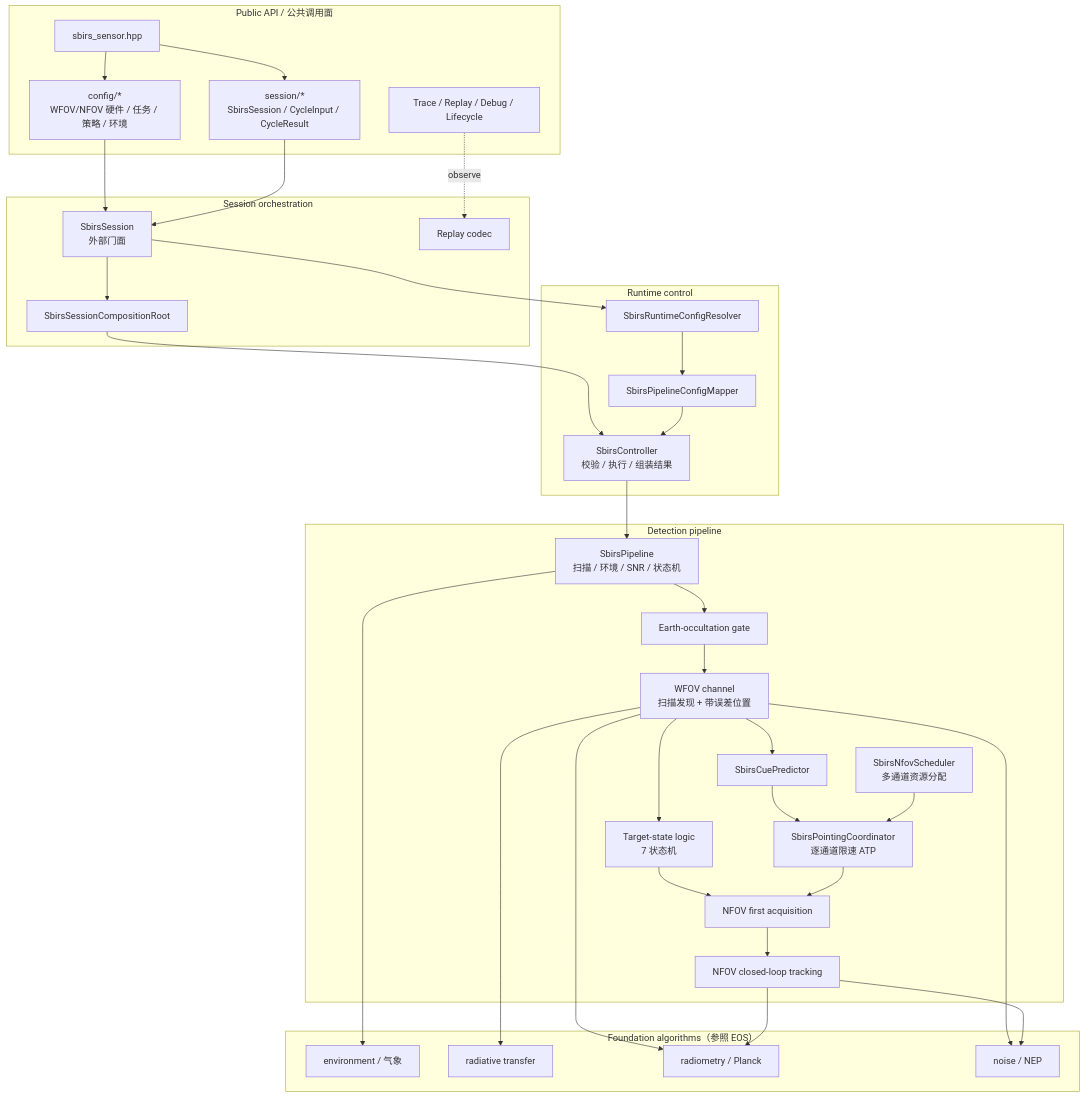
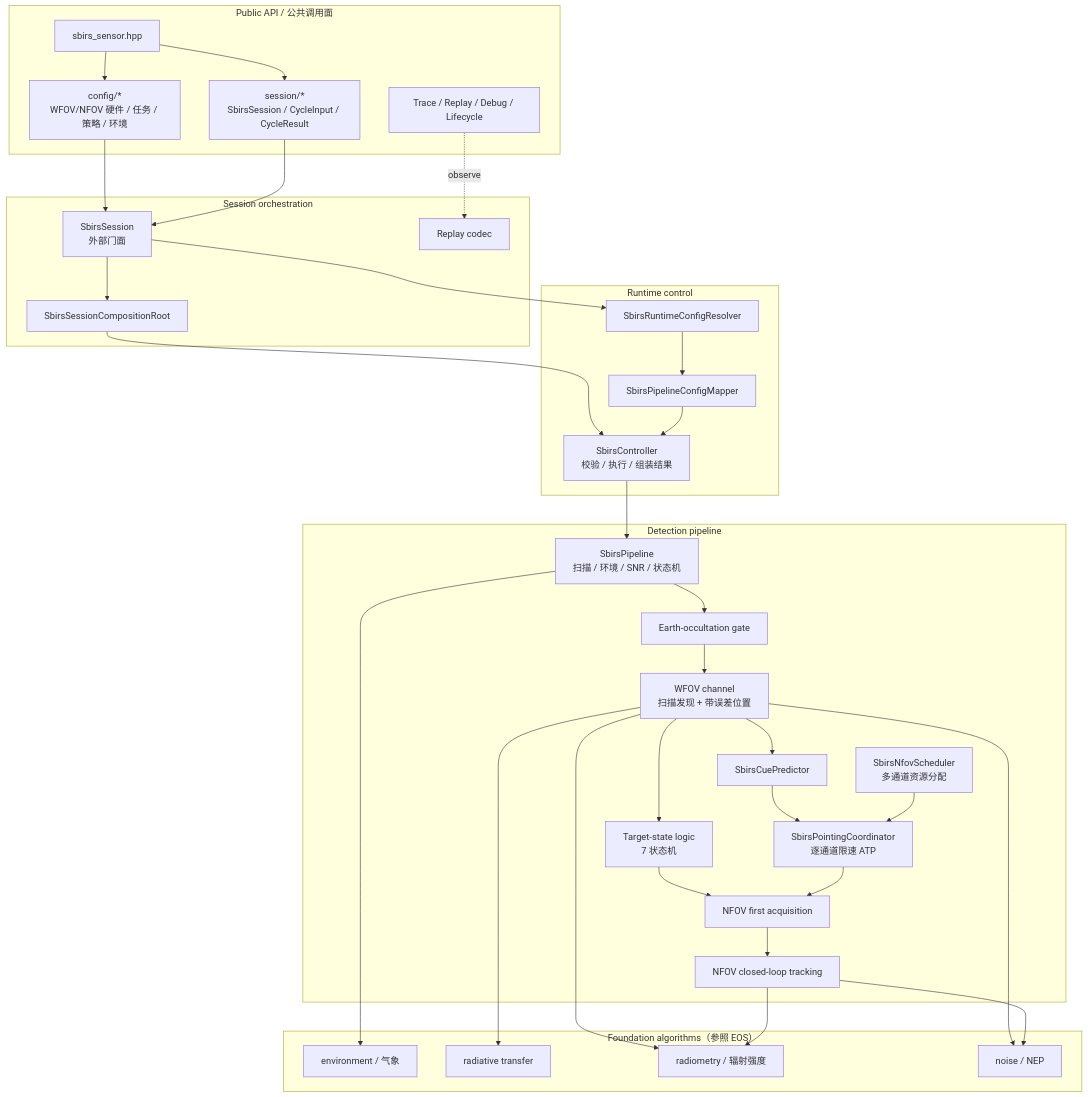
One commit to boilwater-3/1q changed the first of 3 diagrams in docs/space_based_infrared_sensor/data-flow.md. Above: the diagram before and after it, drawn with Mermaid. The commit also changed other lines of this file and 85 other files, not shown here.

````diff
--- a/docs/space_based_infrared_sensor/data-flow.md
+++ b/docs/space_based_infrared_sensor/data-flow.md
@@ -47,67 +48,67 @@
 ```mermaid
 flowchart TB
   subgraph Public["Public API / 公共调用面"]
     Entry["sbirs_sensor.hpp"]
     Config["config/*\nWFOV/NFOV 硬件 / 任务 / 策略 / 环境"]
     SessionApi["session/*\nSbirsSession / CycleInput / CycleResult"]
     Tools["Trace / Replay / Debug / Lifecycle"]
   end
 
   subgraph Session["Session orchestration"]
     SbirsSession["SbirsSession\n外部门面"]
     Composition["SbirsSessionCompositionRoot"]
     ReplayCodec["Replay codec"]
   end
 
   subgraph Runtime["Runtime control"]
     Controller["SbirsController\n校验 / 执行 / 组装结果"]
     Mapper["SbirsPipelineConfigMapper"]
     Resolver["SbirsRuntimeConfigResolver"]
   end
 
   subgraph Pipeline["Detection pipeline"]
     PipelineCore["SbirsPipeline\n扫描 / 环境 / SNR / 状态机"]
     Occult["Earth-occultation gate"]
     Wfov["WFOV channel\n扫描发现 + 带误差位置"]
     StateMachine["Target-state logic\n7 状态机"]
     Cue["SbirsCuePredictor"]
     Pointing["SbirsPointingCoordinator\n逐通道限速 ATP"]
     NfovFirst["NFOV first acquisition"]
     NfovTrack["NFOV closed-loop tracking"]
     Scheduler["SbirsNfovScheduler\n多通道资源分配"]
   end
 
   subgraph Foundation["Foundation algorithms（参照 EOS）"]
     Env["environment / 气象"]
     Transfer["radiative transfer"]
-    Radiometry["radiometry / Planck"]
+    Radiometry["radiometry / 辐射强度"]
     Noise["noise / NEP"]
   end
 
   Entry --> Config
   Entry --> SessionApi
   Config --> SbirsSession
   SessionApi --> SbirsSession
   Tools -. "observe" .-> ReplayCodec
   SbirsSession --> Composition
   Composition --> Controller
   SbirsSession --> Resolver
   Resolver --> Mapper
   Mapper --> Controller
   Controller --> PipelineCore
   PipelineCore --> Occult
   Occult --> Wfov
   Wfov --> Cue
   Wfov --> StateMachine
   StateMachine --> NfovFirst
   Cue --> Pointing
   Scheduler --> Pointing
   Pointing --> NfovFirst
   NfovFirst --> NfovTrack
   PipelineCore --> Env
   Wfov --> Transfer
   Wfov --> Radiometry
   Wfov --> Noise
   NfovTrack --> Radiometry
   NfovTrack --> Noise
 ```
````
